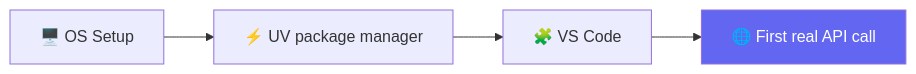
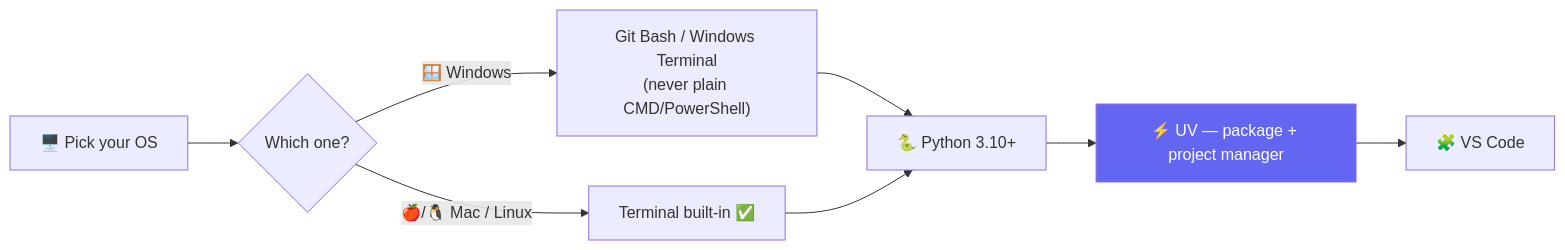
Before and after one commit to shiqs90/agent3.0-mcp-live-2026: the first of 2 diagrams in 01 - 27 Jun - Python Setup & API Basics/README.md, drawn with Mermaid. The commit also changed other lines of this file and 19 other files, not shown here.

````diff
--- a/01 - 27 Jun - Python Setup & API Basics/README.md
+++ b/01 - 27 Jun - Python Setup & API Basics/README.md
@@ -6,5 +10,12 @@
 ```mermaid
 flowchart LR
-    A["🖥️ OS Setup"] --> B["⚡ UV package manager"] --> C["🧩 VS Code"] --> D["🌐 First real API call"]
-    style D fill:#6366f1,color:#fff
+    A["🖥️ Pick your OS"] --> B{Which one?}
+    B -->|🪟 Windows| C["Git Bash / Windows Terminal<br/>(never plain CMD/PowerShell)"]
+    B -->|🍎/🐧 Mac / Linux| D["Terminal built-in ✅"]
+    C --> E["🐍 Python 3.10+"]
+    D --> E
+    E --> F["⚡ UV — package + project manager"]
+    F --> G["🧩 VS Code"]
+
+    style F fill:#6366f1,color:#fff
 ```
````
